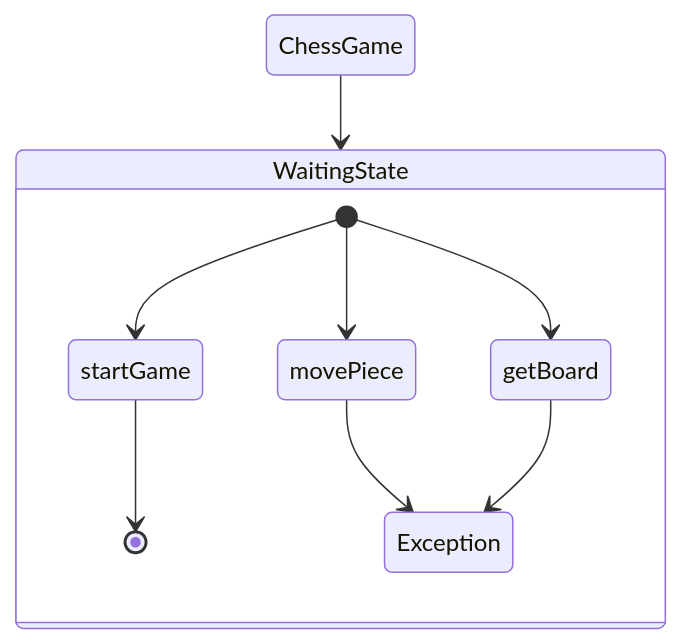
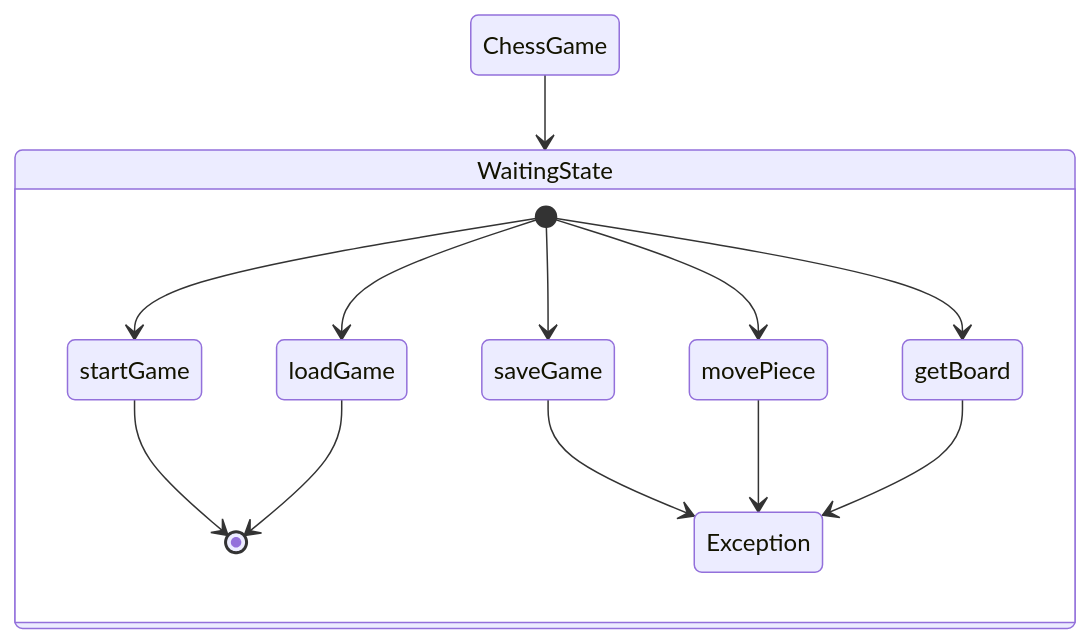
One commit to woowacourse/java-chess changed the fourth of 7 diagrams in README.md. Above: the diagram before and after it, drawn with Mermaid. The commit also changed other lines of this file, not shown here.

Commit message:
docs: DB 설정 정보 추가, 다이어그램 업데이트

````diff
--- a/README.md
+++ b/README.md
@@ -87,12 +87,16 @@
 ```mermaid
 stateDiagram
     ChessGame --> WaitingState
     state WaitingState {
         [*] --> startGame
+        [*] --> saveGame
+        [*] --> loadGame
         [*] --> movePiece
         [*] --> getBoard
         startGame --> [*]
+        saveGame --> Exception
+        loadGame --> [*]
         movePiece --> Exception
         getBoard --> Exception
     }
 ```
````
